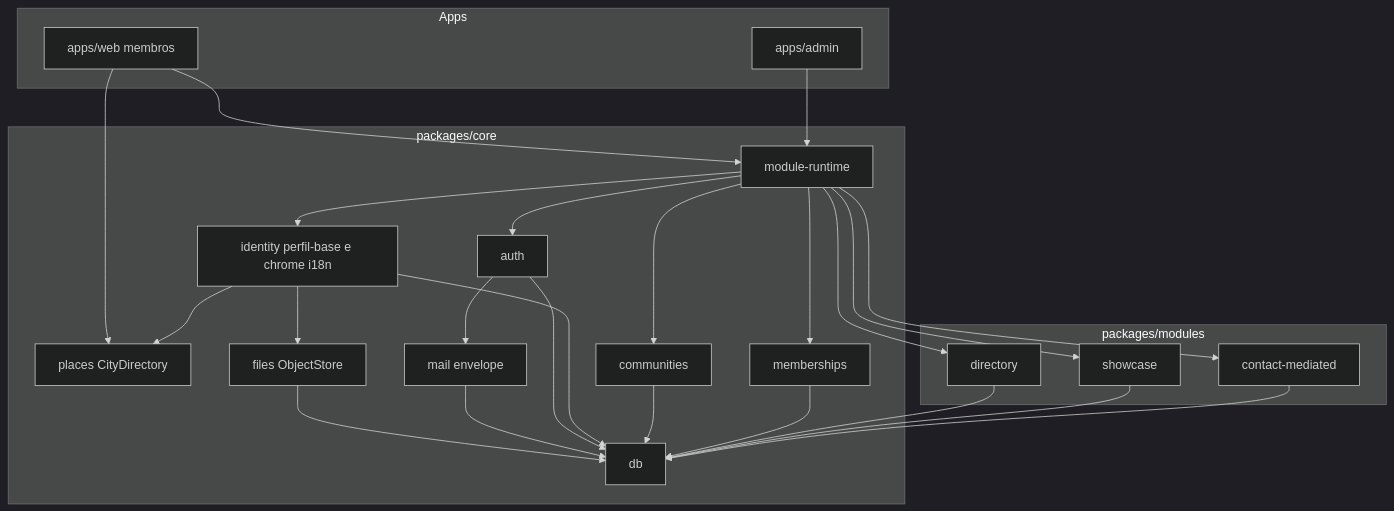
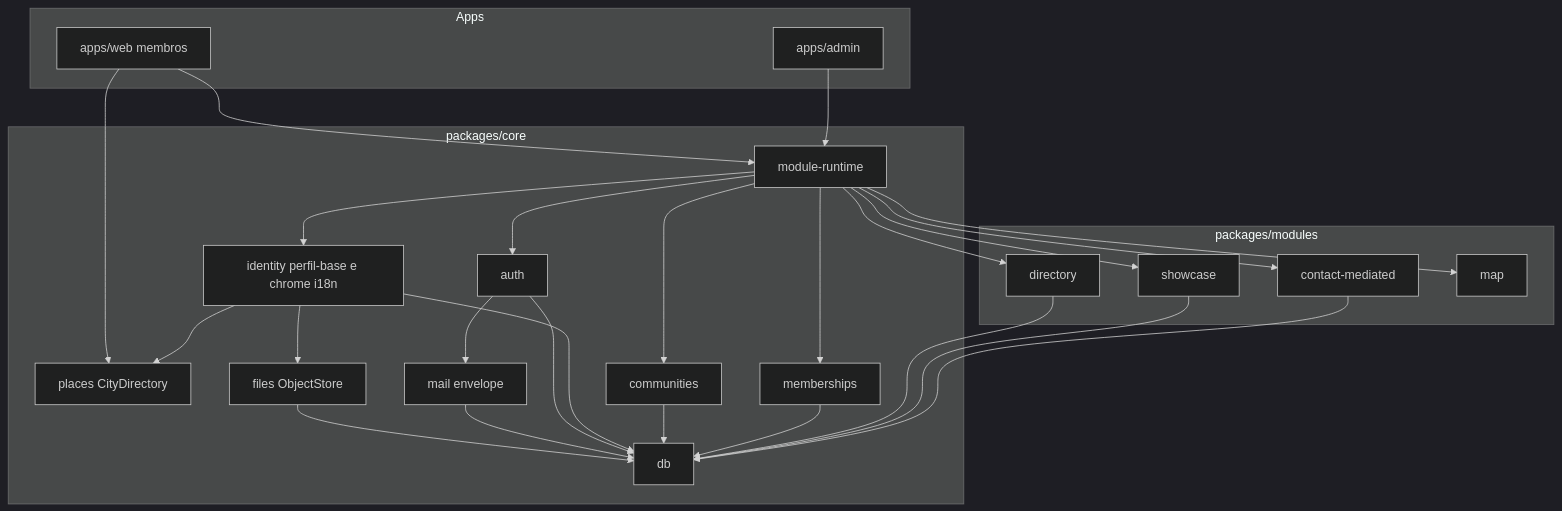
Before and after one commit to colabcolibri/comuna: the diagram in docs/05_architecture.md, drawn with Mermaid (dark theme). The commit also changed other lines of this file and 41 other files, not shown here.

````diff
--- a/docs/05_architecture.md
+++ b/docs/05_architecture.md
@@ -18,48 +18,50 @@
 ```mermaid
 flowchart TD
     subgraph Apps
         Web["apps/web membros"]
         Admin["apps/admin"]
     end
 
     subgraph Core["packages/core"]
         Auth[auth]
         Ident[identity perfil-base e chrome i18n]
         Places[places CityDirectory]
         Comm[communities]
         Mem[memberships]
         Runtime[module-runtime]
         Files[files ObjectStore]
         Mail[mail envelope]
         Db[db]
     end
 
     subgraph Mods["packages/modules"]
         Dir[directory]
         Show[showcase]
         Contact[contact-mediated]
+        Map[map]
     end
 
     Web --> Runtime
     Admin --> Runtime
     Runtime --> Dir
     Runtime --> Show
     Runtime --> Contact
+    Runtime --> Map
     Runtime --> Auth
     Runtime --> Ident
     Runtime --> Comm
     Runtime --> Mem
     Web --> Places
     Ident --> Places
     Ident --> Files
     Files --> Db
     Auth --> Mail
     Mail --> Db
     Auth --> Db
     Ident --> Db
     Comm --> Db
     Mem --> Db
     Dir --> Db
     Show --> Db
     Contact --> Db
 ```
````
